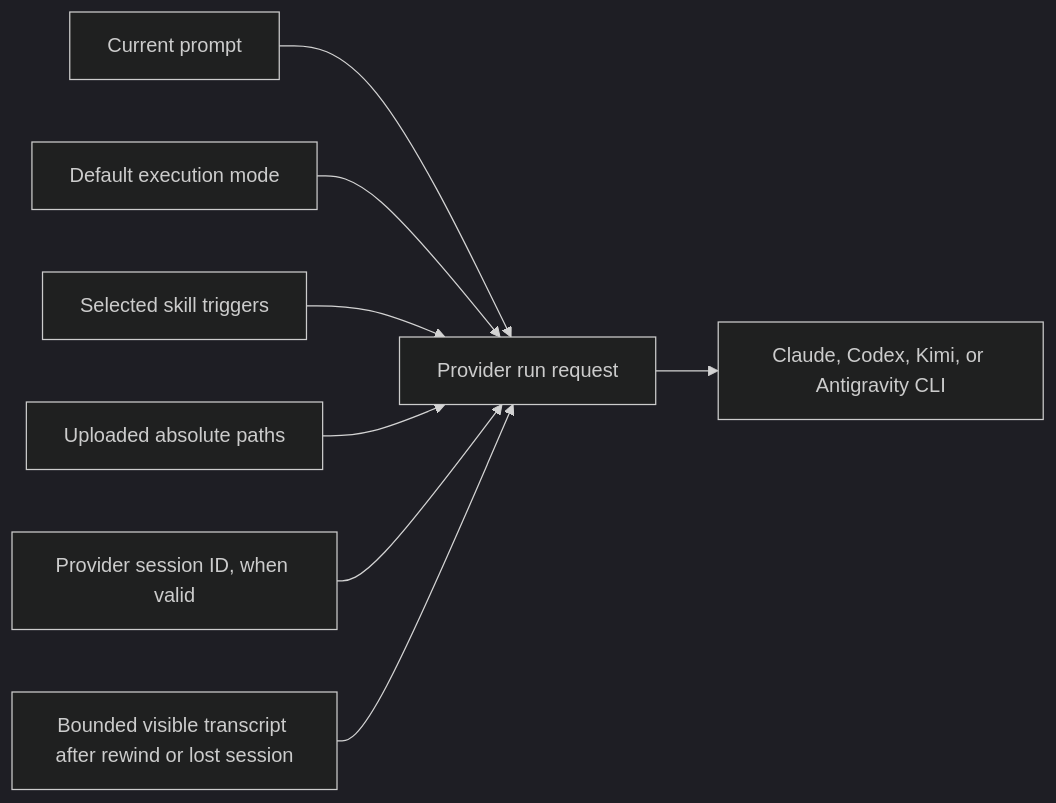
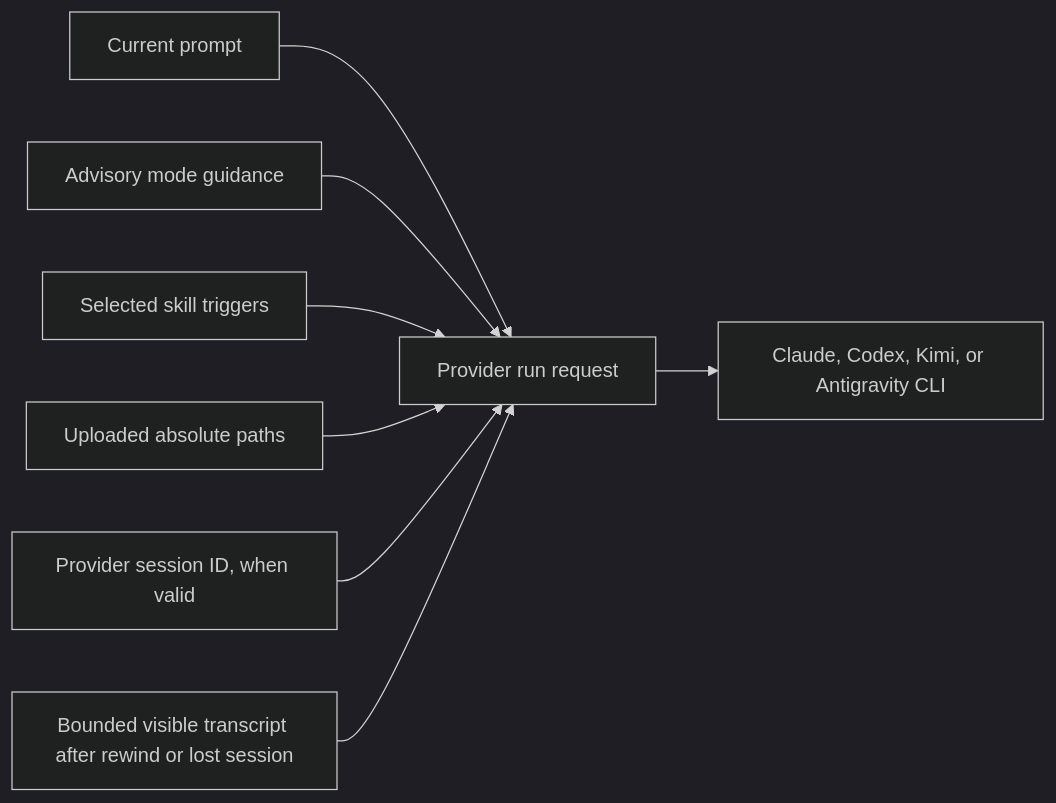
One commit to AbdallahMohamedDotnet/remote.futrx changed the diagram in docs/02-user-guide/04-prompts-context-and-conversation.md. Above: the diagram before and after it, drawn with Mermaid (dark theme). The commit also changed other lines of this file and 153 other files, not shown here.

````diff
--- a/docs/02-user-guide/04-prompts-context-and-conversation.md
+++ b/docs/02-user-guide/04-prompts-context-and-conversation.md
@@ -28,10 +27,10 @@
 ```mermaid
 flowchart LR
     Prompt["Current prompt"] --> Request["Provider run request"]
-    Mode["Default execution mode"] --> Request
+    Mode["Advisory mode guidance"] --> Request
     Skills["Selected skill triggers"] --> Request
     Files["Uploaded absolute paths"] --> Request
     Session["Provider session ID, when valid"] --> Request
     History["Bounded visible transcript after rewind or lost session"] --> Request
     Request --> Agent["Claude, Codex, Kimi, or Antigravity CLI"]
 ```
````
